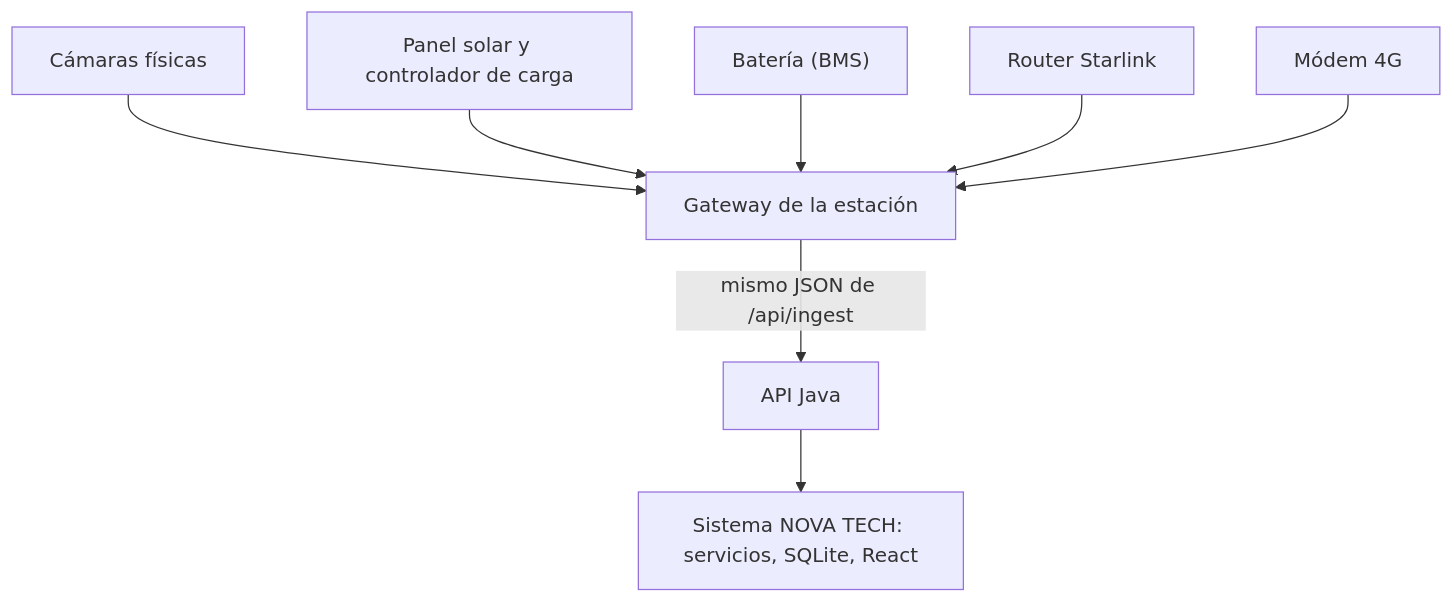
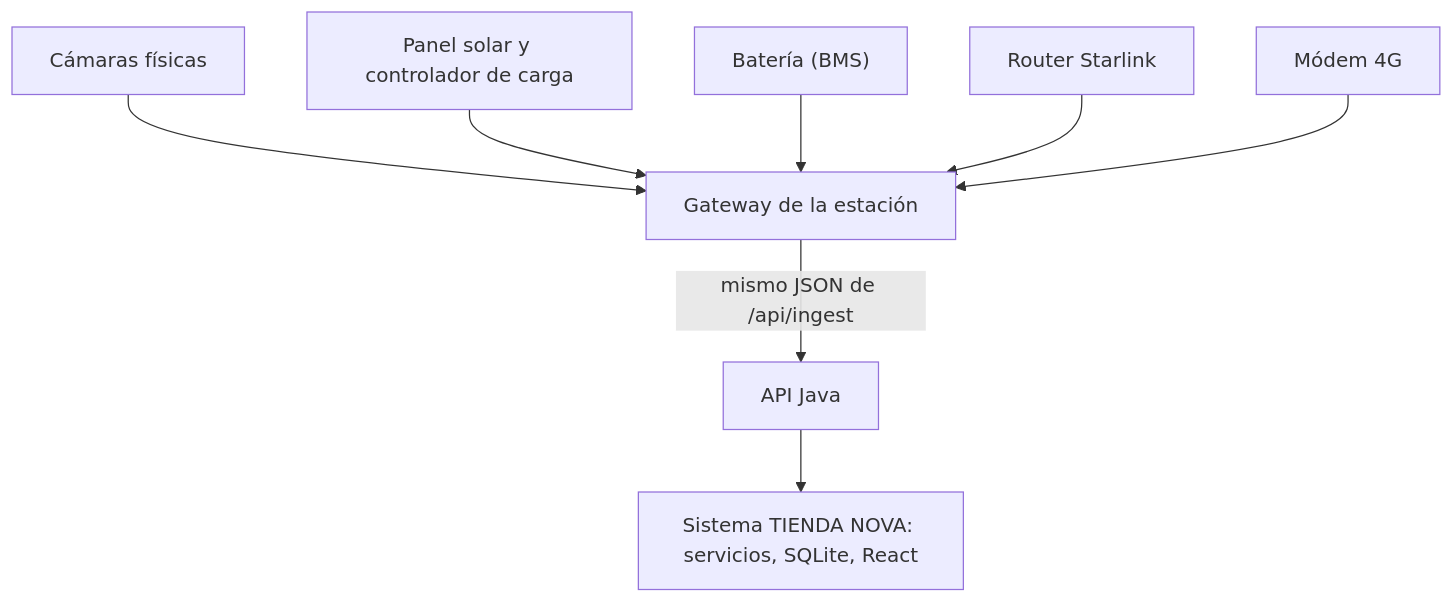
Before and after one commit to colmandanilo-cmyk/GRUPO3_EFSRTIV_FINAL: the third of 11 diagrams in docs/etapa-1-diseno.md, drawn with Mermaid. The commit also changed other lines of this file and 26 other files, not shown here.

First line of the commit message:
Rename NOVA TECH to TIENDA NOVA in scripts, frontend, backend and docs

````diff
--- a/docs/etapa-1-diseno.md
+++ b/docs/etapa-1-diseno.md
@@ -133,10 +133,10 @@
 ```mermaid
 flowchart TB
     C["Cámaras físicas"] --> GW["Gateway de la estación"]
     PS["Panel solar y controlador de carga"] --> GW
     B["Batería (BMS)"] --> GW
     SL["Router Starlink"] --> GW
     G4["Módem 4G"] --> GW
     GW -- "mismo JSON de /api/ingest" --> A["API Java"]
-    A --> N["Sistema NOVA TECH: servicios, SQLite, React"]
+    A --> N["Sistema TIENDA NOVA: servicios, SQLite, React"]
 ```
````
